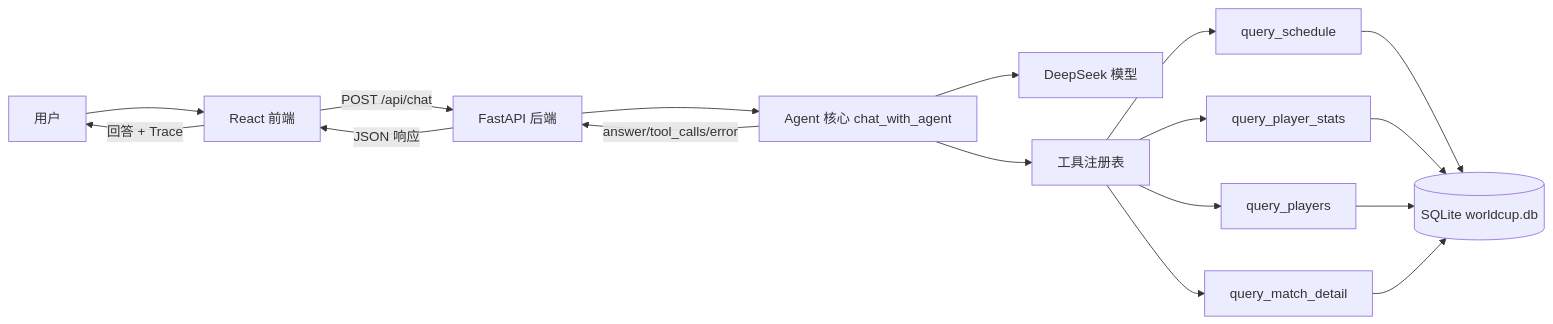
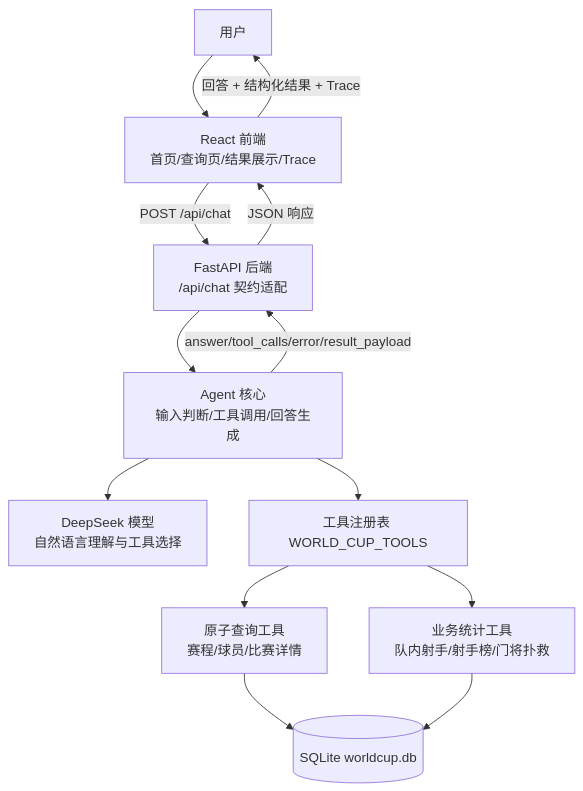
The first of 11 diagrams in docs/system-design.md (OllyPai/WorldCupAgent), drawn with Mermaid before and after one commit. The commit also changed other lines of this file and 1 other file, not shown here.

````diff
--- a/docs/system-design.md
+++ b/docs/system-design.md
@@ -60,19 +66,25 @@
 ```mermaid
-flowchart LR
-    U[用户] --> FE[React 前端]
-    FE -->|POST /api/chat| API[FastAPI 后端]
-    API --> AG[Agent 核心 chat_with_agent]
-    AG --> LLM[DeepSeek 模型]
-    AG --> TR[工具注册表]
-    TR --> TS[query_schedule]
-    TR --> TPS[query_player_stats]
-    TR --> TP[query_players]
-    TR --> TMD[query_match_detail]
-    TS --> DB[(SQLite worldcup.db)]
-    TPS --> DB
-    TP --> DB
-    TMD --> DB
-    AG -->|answer/tool_calls/error| API
+flowchart TB
+    U[用户]
+    FE[React 前端<br/>首页/查询页/结果展示/Trace]
+    API[FastAPI 后端<br/>/api/chat 契约适配]
+    AG[Agent 核心<br/>输入判断/工具调用/回答生成]
+    LLM[DeepSeek 模型<br/>自然语言理解与工具选择]
+    TR[工具注册表 WORLD_CUP_TOOLS]
+    AtomicTools[原子查询工具<br/>赛程/球员/比赛详情]
+    BusinessTools[业务统计工具<br/>队内射手/射手榜/门将扑救]
+    DB[(SQLite worldcup.db)]
+
+    U --> FE
+    FE -->|POST /api/chat| API
+    API --> AG
+    AG --> LLM
+    AG --> TR
+    TR --> AtomicTools
+    TR --> BusinessTools
+    AtomicTools --> DB
+    BusinessTools --> DB
+    AG -->|answer/tool_calls/error/result_payload| API
     API -->|JSON 响应| FE
-    FE -->|回答 + Trace| U
+    FE -->|回答 + 结构化结果 + Trace| U
 ```
````
